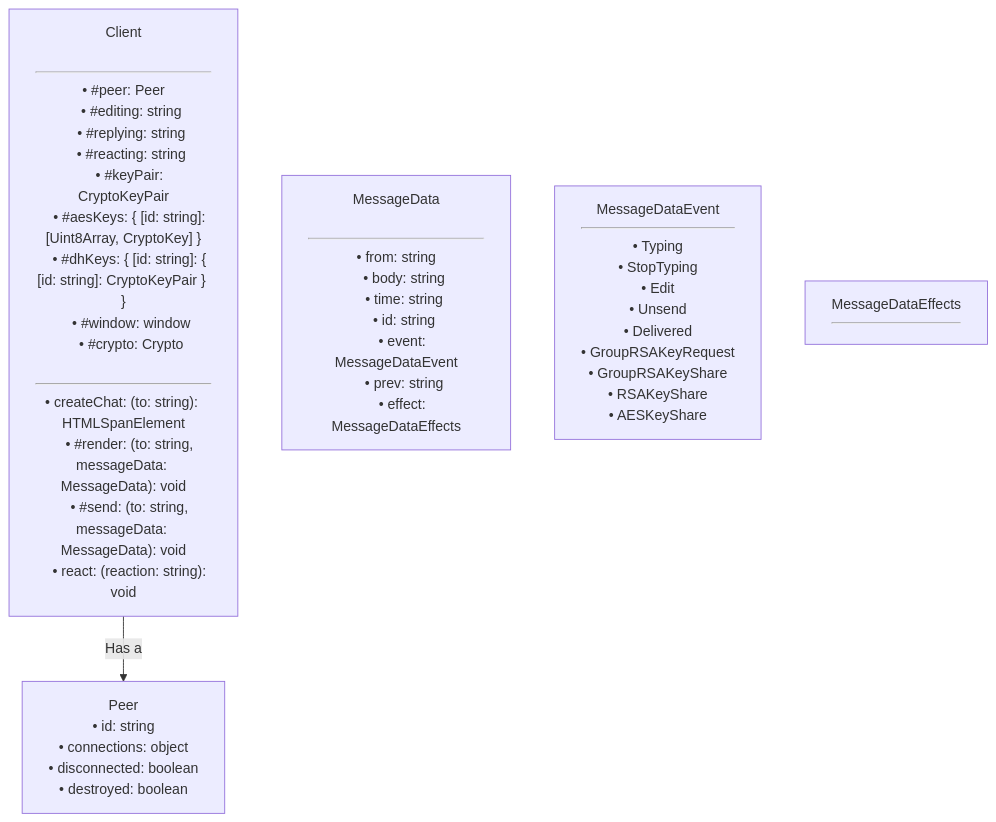
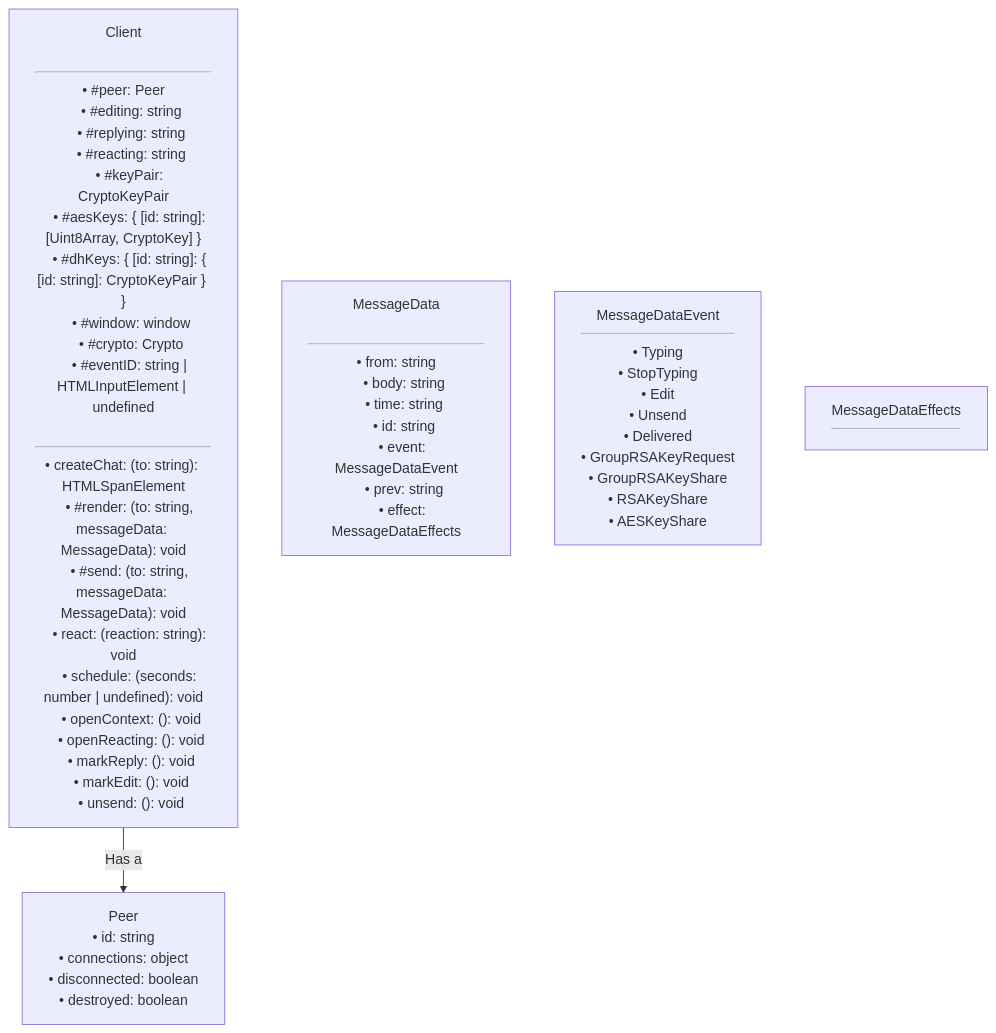
One commit to xXCrash2BomberXx/TinyChat changed the first of 4 diagrams in README.md. Above: the diagram before and after it, drawn with Mermaid.

````diff
--- a/README.md
+++ b/README.md
@@ -137,51 +137,58 @@
 ```mermaid
 graph TB;
   A["
   Client
     <hr>#8226; #peer: Peer
     #8226; #editing: string
     #8226; #replying: string
     #8226; #reacting: string
     #8226; #keyPair: CryptoKeyPair
     #8226; #aesKeys: { [id: string]: [Uint8Array, CryptoKey] }
     #8226; #dhKeys: { [id: string]: { [id: string]: CryptoKeyPair } }
     #8226; #window: window
     #8226; #crypto: Crypto
+    #8226; #eventID: string | HTMLInputElement | undefined
     <hr>#8226; createChat: (to: string): HTMLSpanElement
     #8226; #render: (to: string, messageData: MessageData): void
     #8226; #send: (to: string, messageData: MessageData): void
     #8226; react: (reaction: string): void
+    #8226; schedule: (seconds: number | undefined): void
+    #8226; openContext: (): void
+    #8226; openReacting: (): void
+    #8226; markReply: (): void
+    #8226; markEdit: (): void
+    #8226; unsend: (): void
   "] --> |Has a| B["
   Peer
     #8226; id: string
     #8226; connections: object
     #8226; disconnected: boolean
     #8226; destroyed: boolean
   "];
   C["
   MessageData
     <hr>#8226; from: string
     #8226; body: string
     #8226; time: string
     #8226; id: string
     #8226; event: MessageDataEvent
     #8226; prev: string
     #8226; effect: MessageDataEffects
   "];
   D["
   MessageDataEvent
     <hr>#8226; Typing
     #8226; StopTyping
     #8226; Edit
     #8226; Unsend
     #8226; Delivered
     #8226; GroupRSAKeyRequest
     #8226; GroupRSAKeyShare
     #8226; RSAKeyShare
     #8226; AESKeyShare
   "];
   E["
   MessageDataEffects
   <hr>
   "];
 ```
````
